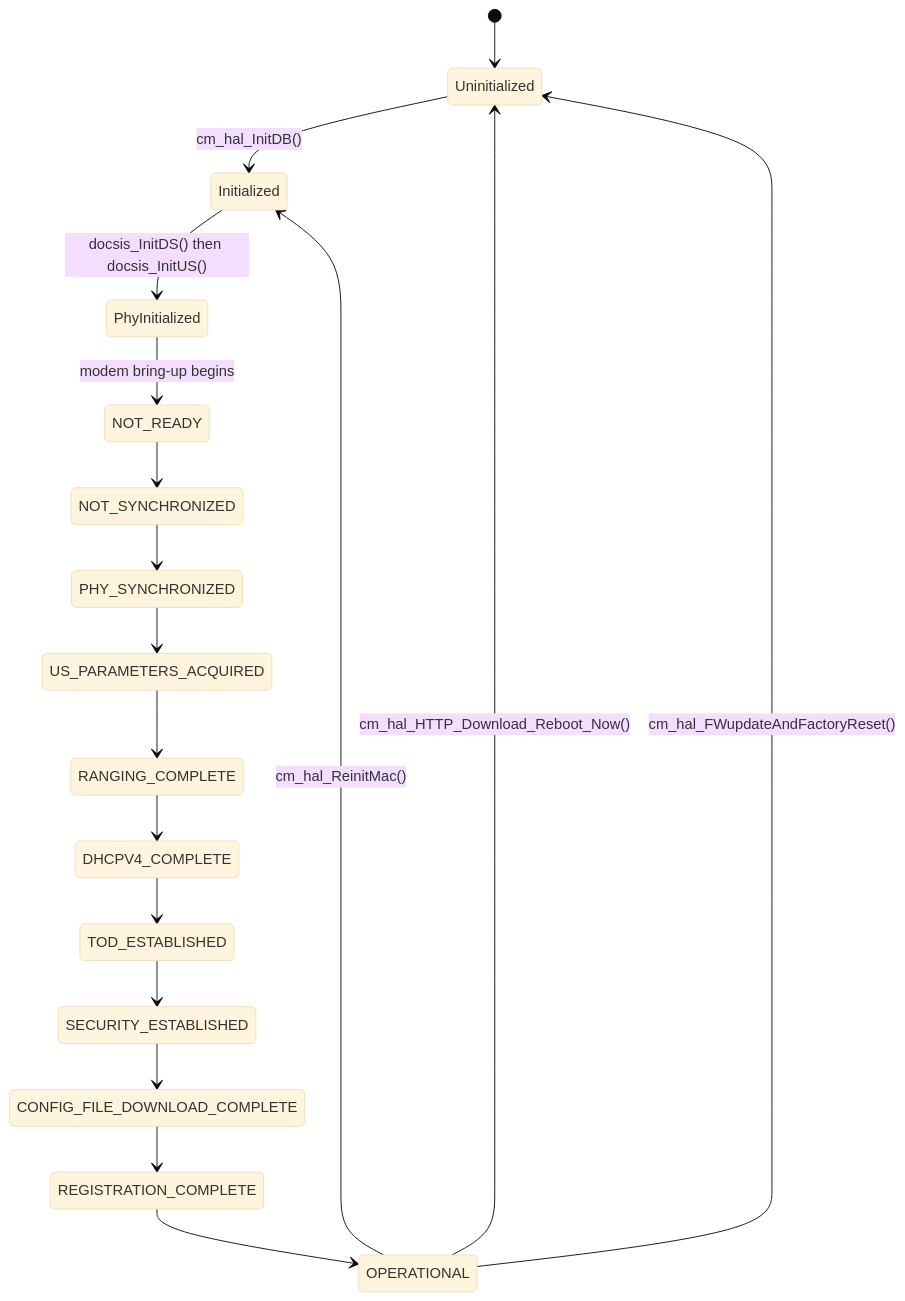
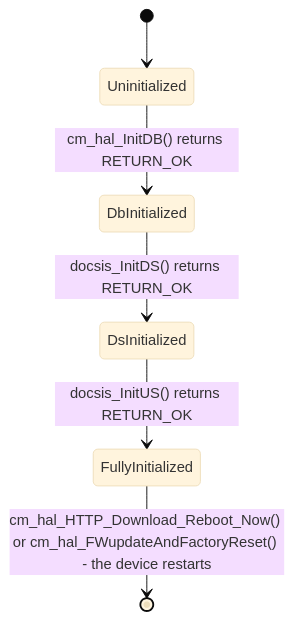
Before and after one commit to Blitzy-Sky/rdkb-halif-cm: the third of 4 diagrams in docs/pages/halSpec.md, drawn with Mermaid (base theme). The commit also changed other lines of this file and 1 other file, not shown here.

Commit message:
Rename the HAL interface specification to docs/pages/halSpec.md, rewrite it against the canonical topic set, and deepen the inline API documentation

````diff
--- a/docs/pages/halSpec.md
+++ b/docs/pages/halSpec.md
@@ -593,20 +629,8 @@
 ```mermaid
 stateDiagram-v2
     [*] --> Uninitialized
-    Uninitialized --> Initialized: cm_hal_InitDB()
-    Initialized --> PhyInitialized: docsis_InitDS() then docsis_InitUS()
-    PhyInitialized --> NOT_READY: modem bring-up begins
-    NOT_READY --> NOT_SYNCHRONIZED
-    NOT_SYNCHRONIZED --> PHY_SYNCHRONIZED
-    PHY_SYNCHRONIZED --> US_PARAMETERS_ACQUIRED
-    US_PARAMETERS_ACQUIRED --> RANGING_COMPLETE
-    RANGING_COMPLETE --> DHCPV4_COMPLETE
-    DHCPV4_COMPLETE --> TOD_ESTABLISHED
-    TOD_ESTABLISHED --> SECURITY_ESTABLISHED
-    SECURITY_ESTABLISHED --> CONFIG_FILE_DOWNLOAD_COMPLETE
-    CONFIG_FILE_DOWNLOAD_COMPLETE --> REGISTRATION_COMPLETE
-    REGISTRATION_COMPLETE --> OPERATIONAL
-    OPERATIONAL --> Initialized: cm_hal_ReinitMac()
-    OPERATIONAL --> Uninitialized: cm_hal_HTTP_Download_Reboot_Now()
-    OPERATIONAL --> Uninitialized: cm_hal_FWupdateAndFactoryReset()
+    Uninitialized --> DbInitialized : cm_hal_InitDB() returns RETURN_OK
+    DbInitialized --> DsInitialized : docsis_InitDS() returns RETURN_OK
+    DsInitialized --> FullyInitialized : docsis_InitUS() returns RETURN_OK
+    FullyInitialized --> [*] : cm_hal_HTTP_Download_Reboot_Now() or cm_hal_FWupdateAndFactoryReset() - the device restarts
 ```
````
